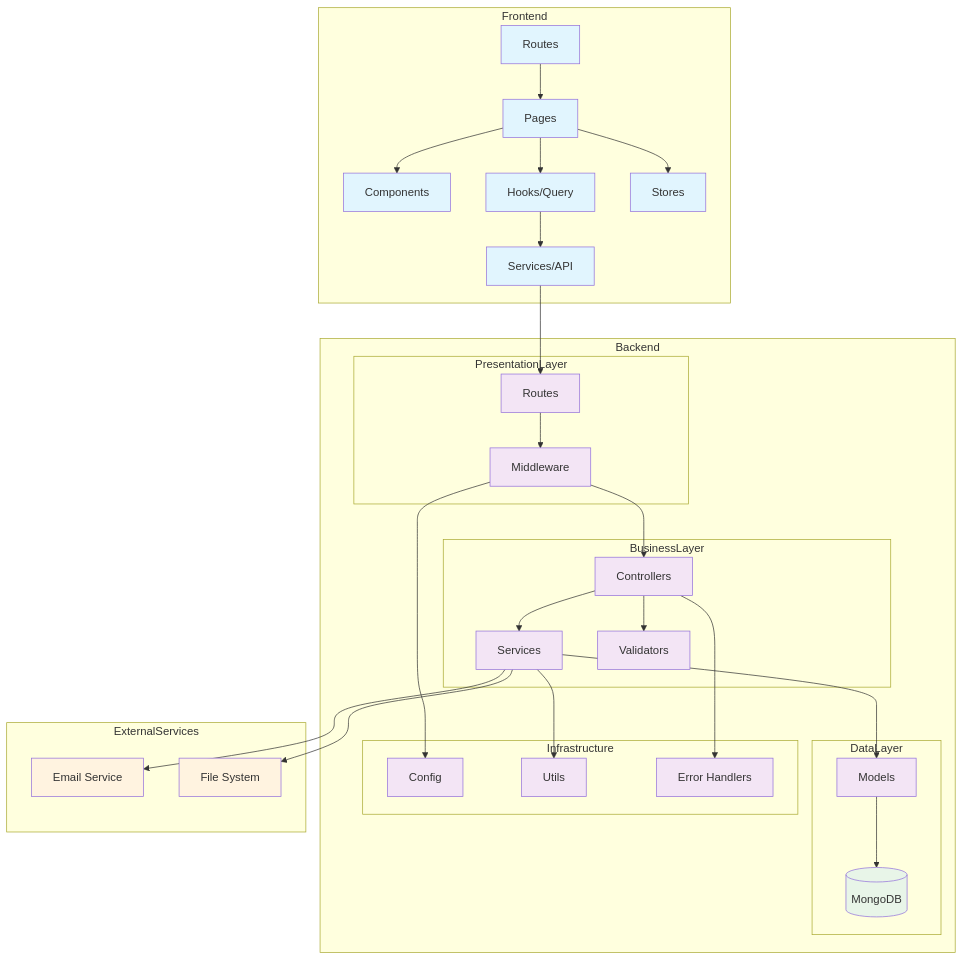
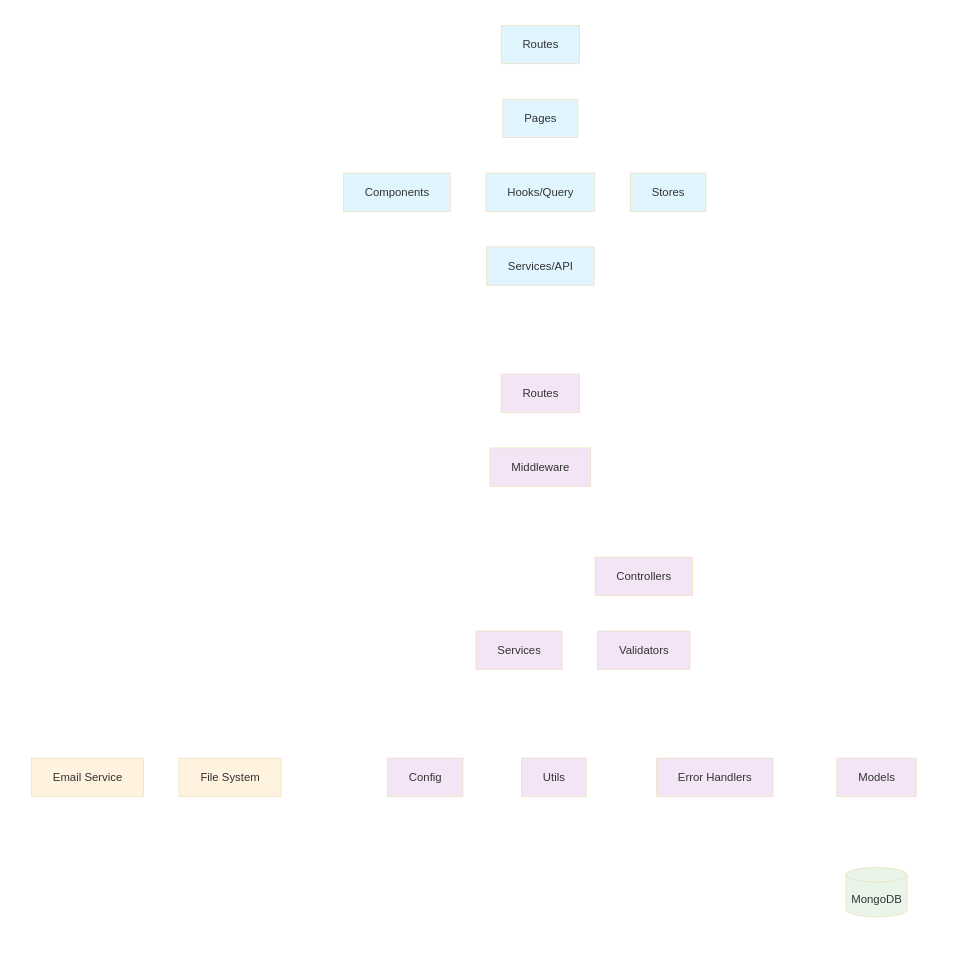
Before and after one commit to RaviHector/biblioteca-digital: the third of 3 diagrams in DIAGRAMAS_UML.md, drawn with Mermaid.

````diff
--- a/DIAGRAMAS_UML.md
+++ b/DIAGRAMAS_UML.md
@@ -239,77 +239,78 @@
 ```mermaid
+%%{init: {'theme':'base', 'themeVariables': {'background': 'transparent', 'mainBkg': 'transparent', 'secondaryColor': 'transparent', 'tertiaryColor': 'transparent'}}}%%
 flowchart TD
     subgraph "Frontend"
         FP[Pages]
         FC[Components]
         FH[Hooks/Query]
         FS[Services/API]
         FST[Stores]
         FR[Routes]
 
         FP --> FC
         FP --> FH
         FH --> FS
         FP --> FST
         FR --> FP
     end
 
     subgraph "Backend"
         subgraph "PresentationLayer"
             R[Routes]
             MW[Middleware]
         end
 
         subgraph "BusinessLayer"
             CT[Controllers]
             SV[Services]
             VAL[Validators]
         end
 
         subgraph "DataLayer"
             M[Models]
             DB[(MongoDB)]
         end
 
         subgraph "Infrastructure"
             CFG[Config]
             UT[Utils]
             ERR[Error Handlers]
         end
     end
 
     subgraph "ExternalServices"
         EMAIL[Email Service]
         FS_STORAGE[File System]
     end
 
     %% Frontend to Backend
     FS --> R
 
     %% Backend Flow
     R --> MW
     MW --> CT
     CT --> VAL
     CT --> SV
     SV --> M
     M --> DB
 
     %% Infrastructure connections
     CT --> ERR
     SV --> UT
     MW --> CFG
 
     %% External connections
     SV --> EMAIL
     SV --> FS_STORAGE
 
     %% Styling
     classDef frontend fill:#e1f5fe
     classDef backend fill:#f3e5f5
     classDef database fill:#e8f5e8
     classDef external fill:#fff3e0
 
     class FP,FC,FH,FS,FST,FR frontend
     class R,MW,CT,SV,VAL,M,CFG,UT,ERR backend
     class DB database
     class EMAIL,FS_STORAGE external
 ```
````
